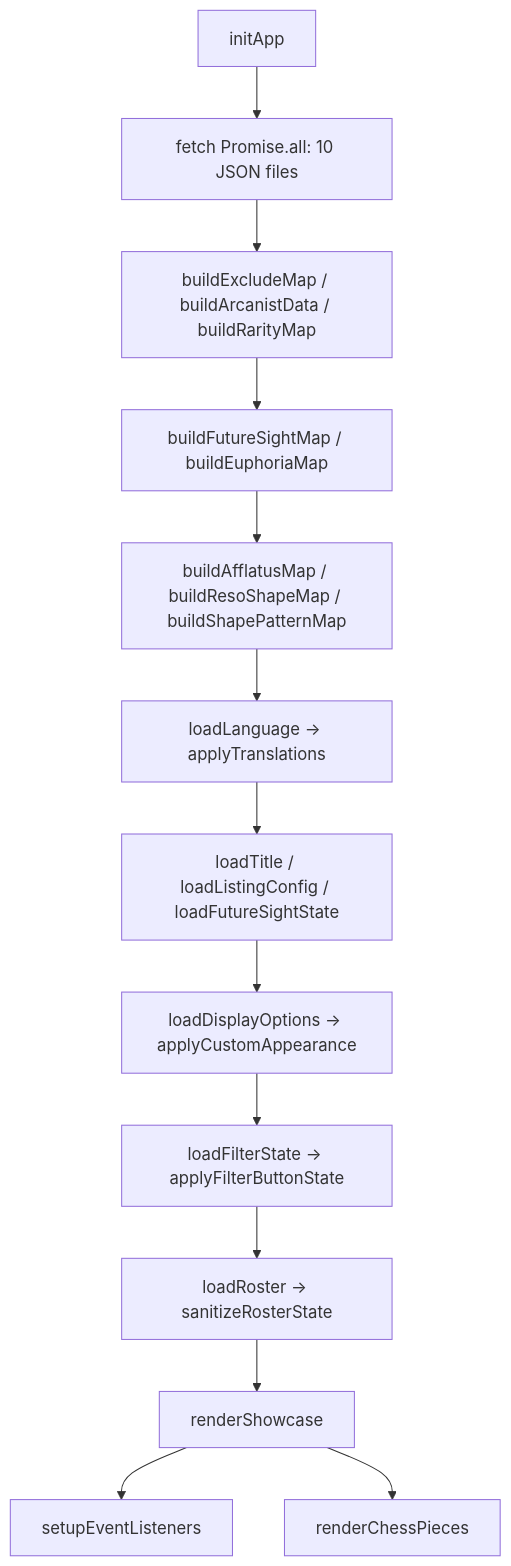
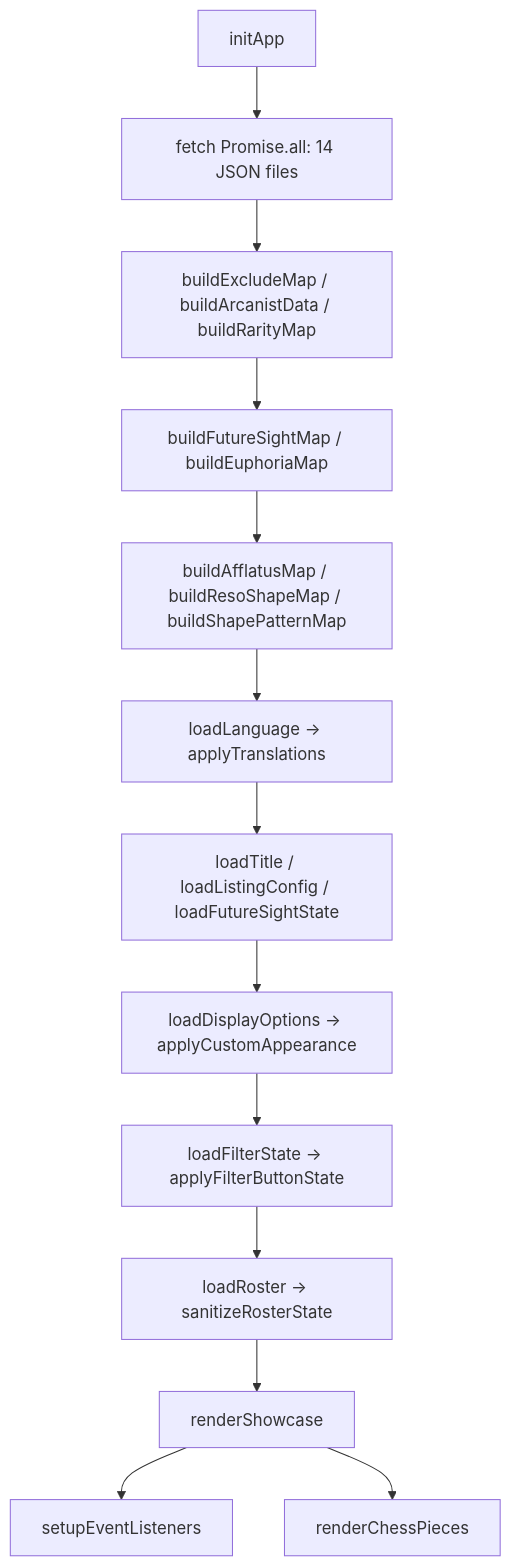
One commit to shdemi/sotheby changed the diagram in README.md. Above: the diagram before and after it, drawn with Mermaid. The commit also changed other lines of this file and 20 other files, not shown here.

````diff
--- a/README.md
+++ b/README.md
@@ -272,15 +278,15 @@
 ```mermaid
 flowchart TD
-    A[initApp] --> B[fetch Promise.all: 10 JSON files]
+    A[initApp] --> B[fetch Promise.all: 14 JSON files]
     B --> C[buildExcludeMap / buildArcanistData / buildRarityMap]
     C --> D[buildFutureSightMap / buildEuphoriaMap]
     D --> E[buildAfflatusMap / buildResoShapeMap / buildShapePatternMap]
     E --> F[loadLanguage → applyTranslations]
     F --> G[loadTitle / loadListingConfig / loadFutureSightState]
     G --> H[loadDisplayOptions → applyCustomAppearance]
     H --> I[loadFilterState → applyFilterButtonState]
     I --> J[loadRoster → sanitizeRosterState]
     J --> K[renderShowcase]
     K --> L[setupEventListeners]
     K --> M[renderChessPieces]
 ```
````
